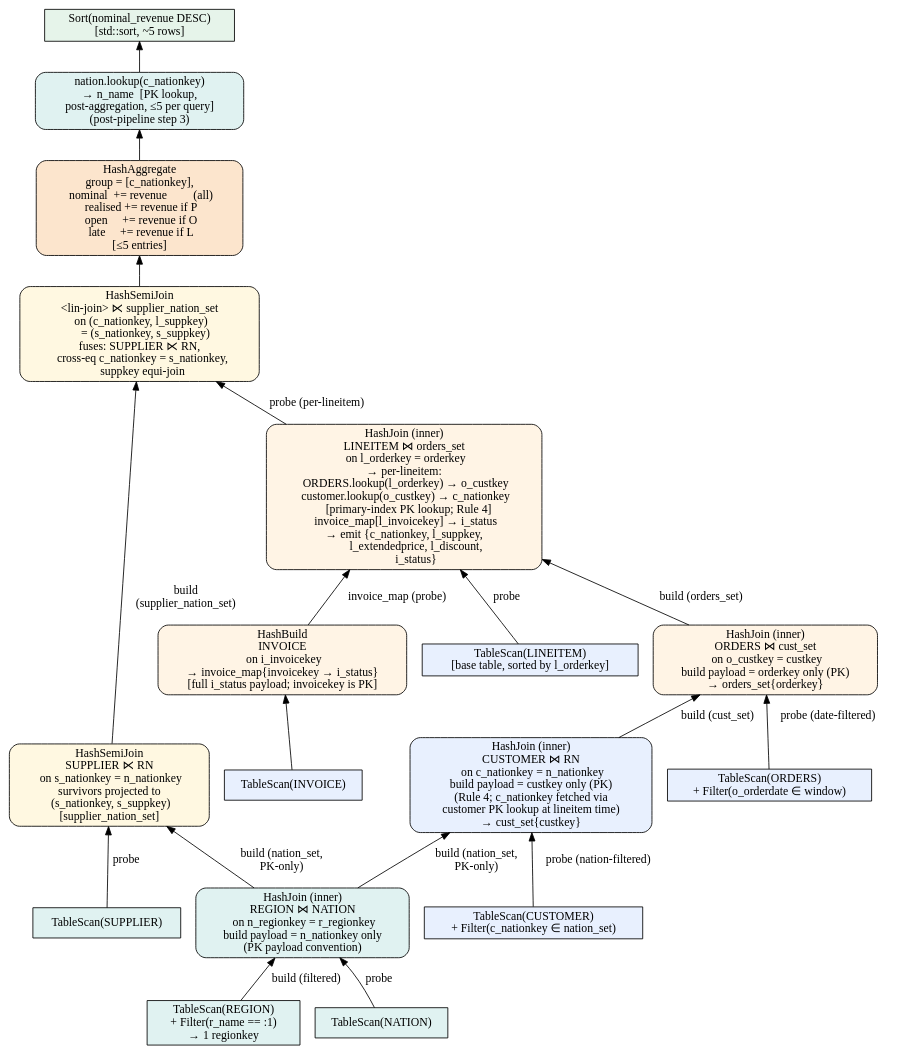
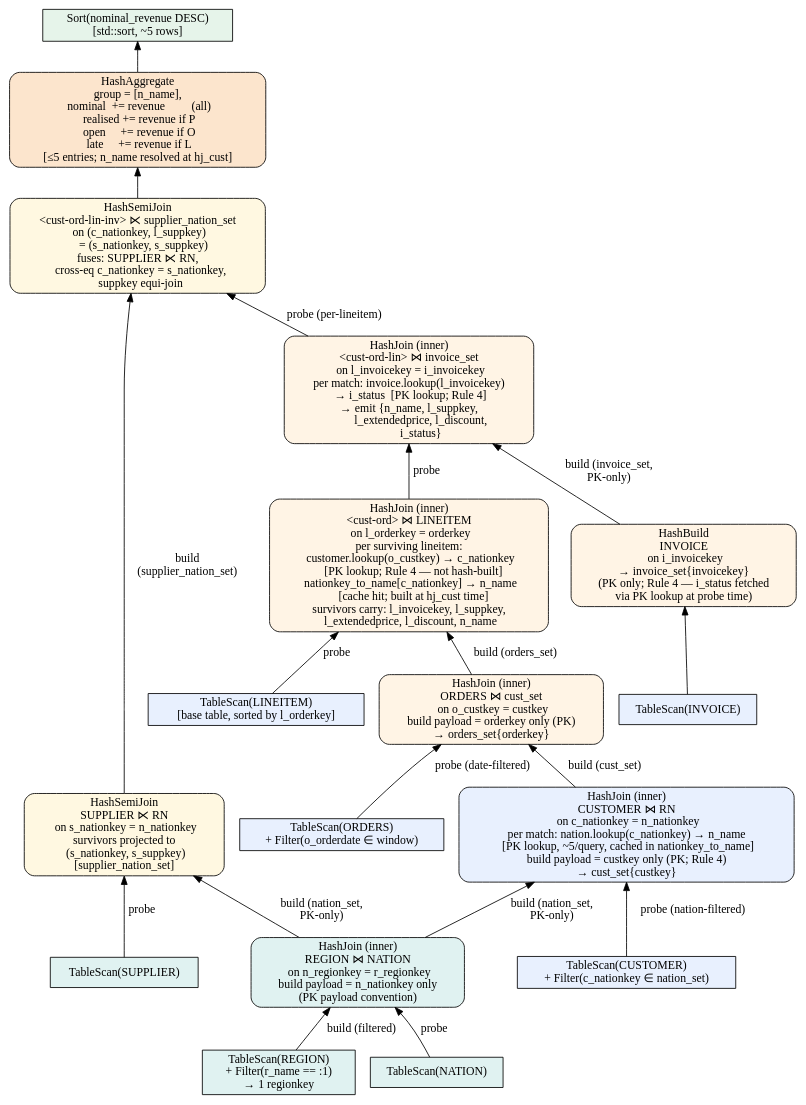
One commit to alicia-lyu/leanstore changed the diagram in frontend/tpch/q5i/plans/baseline_s4.dot. Above: the diagram before and after it, drawn with Graphviz. The commit also changed 7 other files, not shown here.

```diff
--- a/frontend/tpch/q5i/plans/baseline_s4.dot
+++ b/frontend/tpch/q5i/plans/baseline_s4.dot
@@ -1,107 +1,107 @@
 // Q5I S4 baseline plan — HashJoin chain over base tables, no merged index.
 //
 // S4 uses base tables only (no COLI split secondaries). Fairness vs S3.
 //
 // Key difference from Q5's S4: Invoice joins via a hash-built map
 // (invoice_map{invoicekey → i_status}) probed per lineitem, and
 // c_nationkey is fetched via a customer primary-index PK lookup at
 // lineitem time (Rule 4: hash build carries PK only, not c_nationkey).
 //
 // Operator-framing rules (same as family_logical.dot and family_s3_physical.dot):
 //
 //   • "Probe X" and "Build X" are NEVER operator nodes — edge roles only.
 //   • Operator class (HashJoin inner vs HashSemiJoin) decided by what
 //     flows downstream — NOT by whether build payload is empty.
 //   • Rule 4 (PK-only build payload): customer hash-build carries
 //     custkey only; c_nationkey fetched via customer primary-index PK
 //     lookup at lineitem time (not carried in the hash table).
 //
 // Filter pushdown:
 //   • r_name = :1           → fused with TableScan(REGION) before NATION join.
 //   • c_nationkey ∈ nation_set → fused with TableScan(CUSTOMER) before hash-build.
 //   • o_orderdate ∈ window  → fused with TableScan(ORDERS) before hash-build.
 //
 // Post-pipeline operator chain (Rule 11 — shared S1–S4):
 //   1. ⋉ supplier_nation_set[(c_nationkey, l_suppkey)]
 //   2. HashAggregate by c_nationkey: nominal/realised/open/late
 //   3. n_name = nation.lookup(c_nationkey) [PK lookup, ≤5 per query]
 //   4. Sort by nominal_revenue DESC
 
 digraph {
   rankdir=BT;
 
   // ─────────── Shared dimension subtree: RN = REGION ⋈ NATION ───────────
   s_reg [label="TableScan(REGION)\n+ Filter(r_name == :1)\n→ 1 regionkey",
          shape=box, style=filled, fillcolor="#E0F2F1"];
   s_nat [label="TableScan(NATION)",
          shape=box, style=filled, fillcolor="#E0F2F1"];
   rn    [label="HashJoin (inner)\nREGION ⋈ NATION\n  on n_regionkey = r_regionkey\nbuild payload = n_nationkey only\n(PK payload convention)",
          shape=box, style="filled,rounded", fillcolor="#E0F2F1"];
 
   s_reg -> rn [label="build (filtered)"];
   s_nat -> rn [label="probe"];
 
   // ─────────── CUSTOMER ⋈ RN (inner) → custkey hash-build (PK only) ───────────
   s_cust  [label="TableScan(CUSTOMER)\n+ Filter(c_nationkey ∈ nation_set)",
            shape=box, style=filled, fillcolor="#E8F0FE"];
-  hj_cust [label="HashJoin (inner)\nCUSTOMER ⋈ RN\n  on c_nationkey = n_nationkey\nbuild payload = custkey only (PK)\n(Rule 4; c_nationkey fetched via\n customer PK lookup at lineitem time)\n→ cust_set{custkey}",
+  hj_cust [label="HashJoin (inner)\nCUSTOMER ⋈ RN\n  on c_nationkey = n_nationkey\nper match: nation.lookup(c_nationkey) → n_name\n  [PK lookup, ~5/query, cached in nationkey_to_name]\nbuild payload = custkey only (PK; Rule 4)\n→ cust_set{custkey}",
            shape=box, style="filled,rounded", fillcolor="#E8F0FE"];
 
   rn     -> hj_cust [label="build (nation_set,\nPK-only)"];
   s_cust -> hj_cust [label="probe (nation-filtered)"];
 
   // ─────────── ORDERS ⋈ cust_set (inner) → orderkey hash-build (PK only) ───────────
   s_ord  [label="TableScan(ORDERS)\n+ Filter(o_orderdate ∈ window)",
           shape=box, style=filled, fillcolor="#E8F0FE"];
   hj_ord [label="HashJoin (inner)\nORDERS ⋈ cust_set\n  on o_custkey = custkey\nbuild payload = orderkey only (PK)\n→ orders_set{orderkey}",
           shape=box, style="filled,rounded", fillcolor="#FFF4E5"];
 
   hj_cust -> hj_ord [label="build (cust_set)"];
   s_ord   -> hj_ord [label="probe (date-filtered)"];
 
-  // ─────────── INVOICE → hash-build on invoicekey ───────────
+  // ─────────── INVOICE → hash-build on invoicekey (PK only, Rule 4) ───────────
   s_inv  [label="TableScan(INVOICE)",
           shape=box, style=filled, fillcolor="#E8F0FE"];
-  hb_inv [label="HashBuild\nINVOICE\n  on i_invoicekey\n→ invoice_map{invoicekey → i_status}\n[full i_status payload; invoicekey is PK]",
+  hb_inv [label="HashBuild\nINVOICE\n  on i_invoicekey\n→ invoice_set{invoicekey}\n(PK only; Rule 4 — i_status fetched\nvia PK lookup at probe time)",
           shape=box, style="filled,rounded", fillcolor="#FFF4E5"];
 
   s_inv -> hb_inv;
 
-  // ─────────── LINEITEM scan → probe orders_set + resolve custkey + probe invoice_map ───────────
+  // ─────────── LINEITEM ⋈ orders_set → then ⋈ invoice_set ───────────
   s_lin  [label="TableScan(LINEITEM)\n[base table, sorted by l_orderkey]",
           shape=box, style=filled, fillcolor="#E8F0FE"];
-  hj_lin [label="HashJoin (inner)\nLINEITEM ⋈ orders_set\n  on l_orderkey = orderkey\n→ per-lineitem:\n  ORDERS.lookup(l_orderkey) → o_custkey\n  customer.lookup(o_custkey) → c_nationkey\n    [primary-index PK lookup; Rule 4]\n  invoice_map[l_invoicekey] → i_status\n→ emit {c_nationkey, l_suppkey,\n         l_extendedprice, l_discount,\n         i_status}",
+  hj_lin [label="HashJoin (inner)\n<cust-ord> ⋈ LINEITEM\n  on l_orderkey = orderkey\nper surviving lineitem:\n  customer.lookup(o_custkey) → c_nationkey\n    [PK lookup; Rule 4 — not hash-built]\n  nationkey_to_name[c_nationkey] → n_name\n    [cache hit; built at hj_cust time]\nsurvivors carry: l_invoicekey, l_suppkey,\n  l_extendedprice, l_discount, n_name",
+          shape=box, style="filled,rounded", fillcolor="#FFF4E5"];
+
+  hj_inv [label="HashJoin (inner)\n<cust-ord-lin> ⋈ invoice_set\n  on l_invoicekey = i_invoicekey\nper match: invoice.lookup(l_invoicekey)\n  → i_status  [PK lookup; Rule 4]\n→ emit {n_name, l_suppkey,\n         l_extendedprice, l_discount,\n         i_status}",
           shape=box, style="filled,rounded", fillcolor="#FFF4E5"];
 
   hj_ord -> hj_lin [label="build (orders_set)"];
-  hb_inv -> hj_lin [label="invoice_map (probe)"];
   s_lin  -> hj_lin [label="probe"];
+  hj_lin -> hj_inv [label="probe"];
+  hb_inv -> hj_inv [label="build (invoice_set,\nPK-only)"];
 
   // ─────────── SUPPLIER ⋉ RN (semi-join) ───────────
   s_sup  [label="TableScan(SUPPLIER)",
           shape=box, style=filled, fillcolor="#E0F2F1"];
   sj_sup [label="HashSemiJoin\nSUPPLIER ⋉ RN\n  on s_nationkey = n_nationkey\nsurvivors projected to\n  (s_nationkey, s_suppkey)\n[supplier_nation_set]",
           shape=box, style="filled,rounded", fillcolor="#FFF8E1"];
 
   rn    -> sj_sup [label="build (nation_set,\nPK-only)"];
   s_sup -> sj_sup [label="probe"];
 
   // ─────────── Post-pipeline (Rule 11) ───────────
-  sj_col_sup [label="HashSemiJoin\n<lin-join> ⋉ supplier_nation_set\n  on (c_nationkey, l_suppkey)\n     = (s_nationkey, s_suppkey)\nfuses: SUPPLIER ⋉ RN,\n   cross-eq c_nationkey = s_nationkey,\n   suppkey equi-join",
+  sj_col_sup [label="HashSemiJoin\n<cust-ord-lin-inv> ⋉ supplier_nation_set\n  on (c_nationkey, l_suppkey)\n     = (s_nationkey, s_suppkey)\nfuses: SUPPLIER ⋉ RN,\n   cross-eq c_nationkey = s_nationkey,\n   suppkey equi-join",
               shape=box, style="filled,rounded", fillcolor="#FFF8E1"];
 
-  agg [label="HashAggregate\ngroup = [c_nationkey],\n  nominal  += revenue         (all)\n  realised += revenue if P\n  open     += revenue if O\n  late     += revenue if L\n[≤5 entries]",
+  agg [label="HashAggregate\ngroup = [n_name],\n  nominal  += revenue         (all)\n  realised += revenue if P\n  open     += revenue if O\n  late     += revenue if L\n[≤5 entries; n_name resolved at hj_cust]",
        shape=box, style="filled,rounded", fillcolor="#FCE5CD"];
-
-  nation_lk [label="nation.lookup(c_nationkey)\n→ n_name  [PK lookup,\npost-aggregation, ≤5 per query]\n(post-pipeline step 3)",
-             shape=box, style="filled,rounded", fillcolor="#E0F2F1"];
 
   sort [label="Sort(nominal_revenue DESC)\n[std::sort, ~5 rows]",
         shape=box, style=filled, fillcolor="#E6F4EA"];
 
-  hj_lin     -> sj_col_sup [label="probe (per-lineitem)"];
+  hj_inv     -> sj_col_sup [label="probe (per-lineitem)"];
   sj_sup     -> sj_col_sup [label="build\n(supplier_nation_set)"];
   sj_col_sup -> agg;
-  agg        -> nation_lk;
-  nation_lk  -> sort;
+  agg        -> sort;
 }
```
